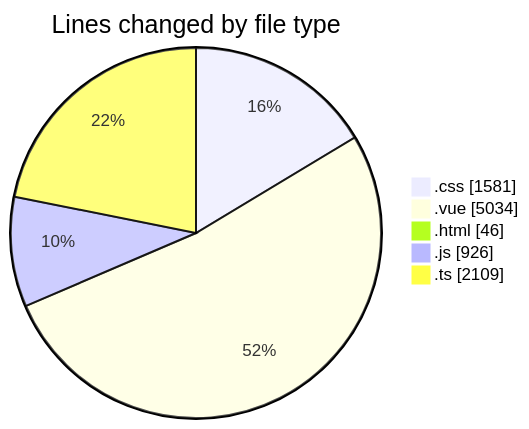
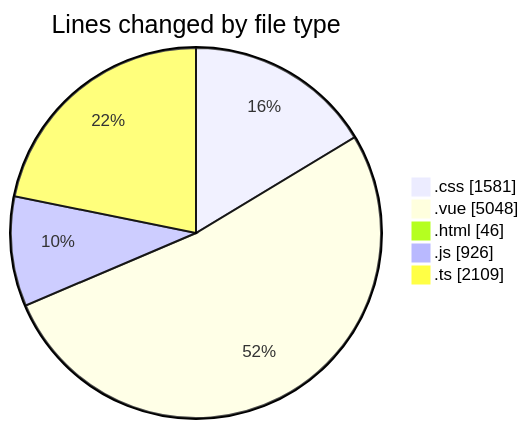
Before and after one commit to lephambinh05/code-tracking: the first of 2 diagrams in 2025-08-18/rentotp/README.md, drawn with Mermaid. The commit also changed other lines of this file and 1 other file, not shown here.

````diff
--- a/2025-08-18/rentotp/README.md
+++ b/2025-08-18/rentotp/README.md
@@ -51,9 +51,9 @@
 ```mermaid
 pie showData
 title Lines changed by file type
 ".css" : 1581
-".vue" : 5034
+".vue" : 5048
 ".html" : 46
 ".js" : 926
 ".ts" : 2109
 ```
````
